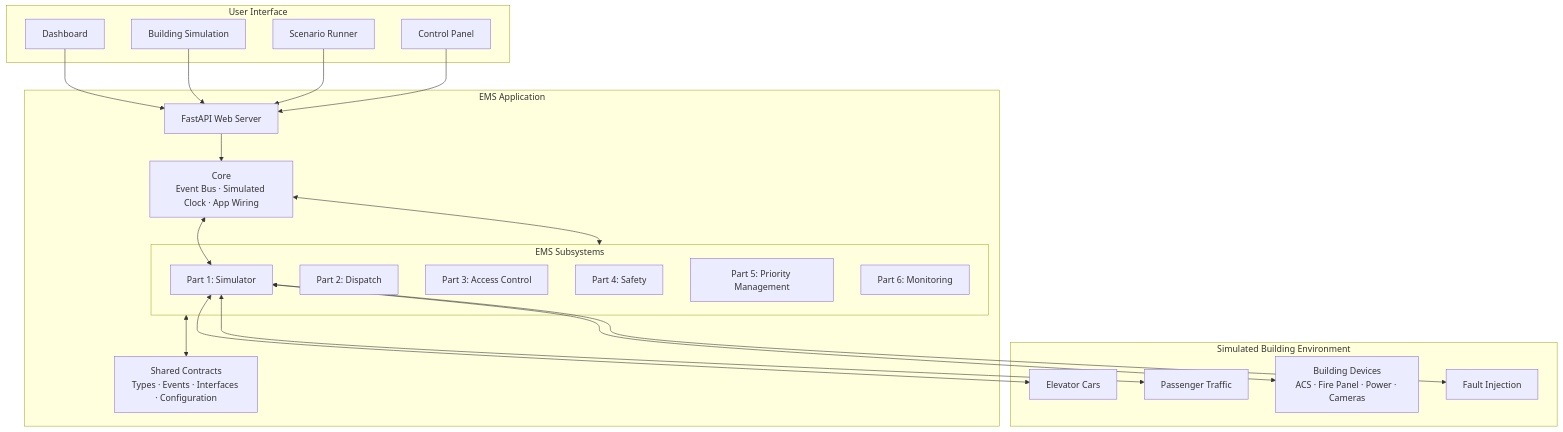
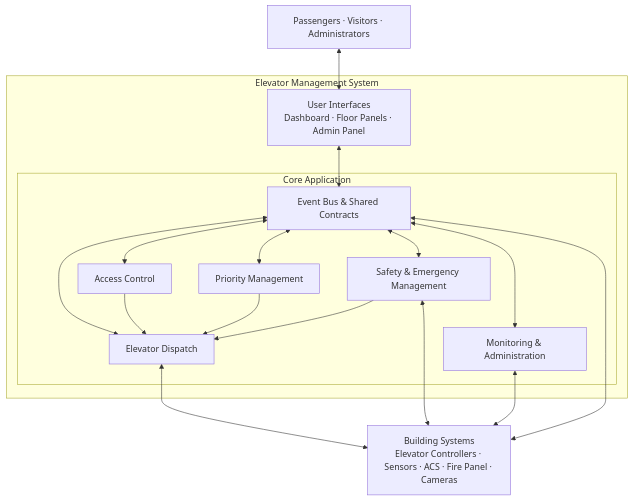
One commit to nyla111/softcon-elevator-controller changed the diagram in README.md. Above: the diagram before and after it, drawn with Mermaid. The commit also changed other lines of this file, not shown here.

````diff
--- a/README.md
+++ b/README.md
@@ -41,48 +41,37 @@
 ```mermaid
 flowchart TB
-    subgraph UI["User Interface"]
-        Dashboard["Dashboard"]
-        Building["Building Simulation"]
-        Runner["Scenario Runner"]
-        Panel["Control Panel"]
+    Users["Passengers · Visitors · Administrators"]
+    Devices["Building Systems<br/>Elevator Controllers · Sensors · ACS · Fire Panel · Cameras"]
+
+    subgraph EMS["Elevator Management System"]
+        UI["User Interfaces<br/>Dashboard · Floor Panels · Admin Panel"]
+
+        subgraph CORE["Core Application"]
+            EventBus["Event Bus & Shared Contracts"]
+            Access["Access Control"]
+            Priority["Priority Management"]
+            Dispatch["Elevator Dispatch"]
+            Safety["Safety & Emergency Management"]
+            Monitor["Monitoring & Administration"]
+        end
+
+        UI <--> EventBus
+
+        EventBus <--> Access
+        EventBus <--> Priority
+        EventBus <--> Dispatch
+        EventBus <--> Safety
+        EventBus <--> Monitor
+
+        Access --> Dispatch
+        Priority --> Dispatch
+        Safety --> Dispatch
     end
 
-    subgraph APP["EMS Application"]
-        Web["FastAPI Web Server"]
-        Core["Core<br/>Event Bus · Simulated Clock · App Wiring"]
+    Devices <--> EventBus
+    Dispatch <--> Devices
+    Safety <--> Devices
+    Monitor <--> Devices
 
-        subgraph PARTS["EMS Subsystems"]
-            Sim["Part 1: Simulator"]
-            Dispatch["Part 2: Dispatch"]
-            Access["Part 3: Access Control"]
-            Safety["Part 4: Safety"]
-            Priority["Part 5: Priority Management"]
-            Monitor["Part 6: Monitoring"]
-        end
-
-        Contracts["Shared Contracts<br/>Types · Events · Interfaces · Configuration"]
-    end
-
-    subgraph ENV["Simulated Building Environment"]
-        Cars["Elevator Cars"]
-        Traffic["Passenger Traffic"]
-        Devices["Building Devices<br/>ACS · Fire Panel · Power · Cameras"]
-        Faults["Fault Injection"]
-    end
-
-    Dashboard --> Web
-    Building --> Web
-    Runner --> Web
-    Panel --> Web
-
-    Web --> Core
-    Core <--> PARTS
-    PARTS <--> Contracts
-
-    Sim <--> Cars
-    Sim <--> Traffic
-    Sim <--> Devices
-    Sim <--> Faults
-
-    Core <--> Sim
+    Users <--> UI
 ```
````
